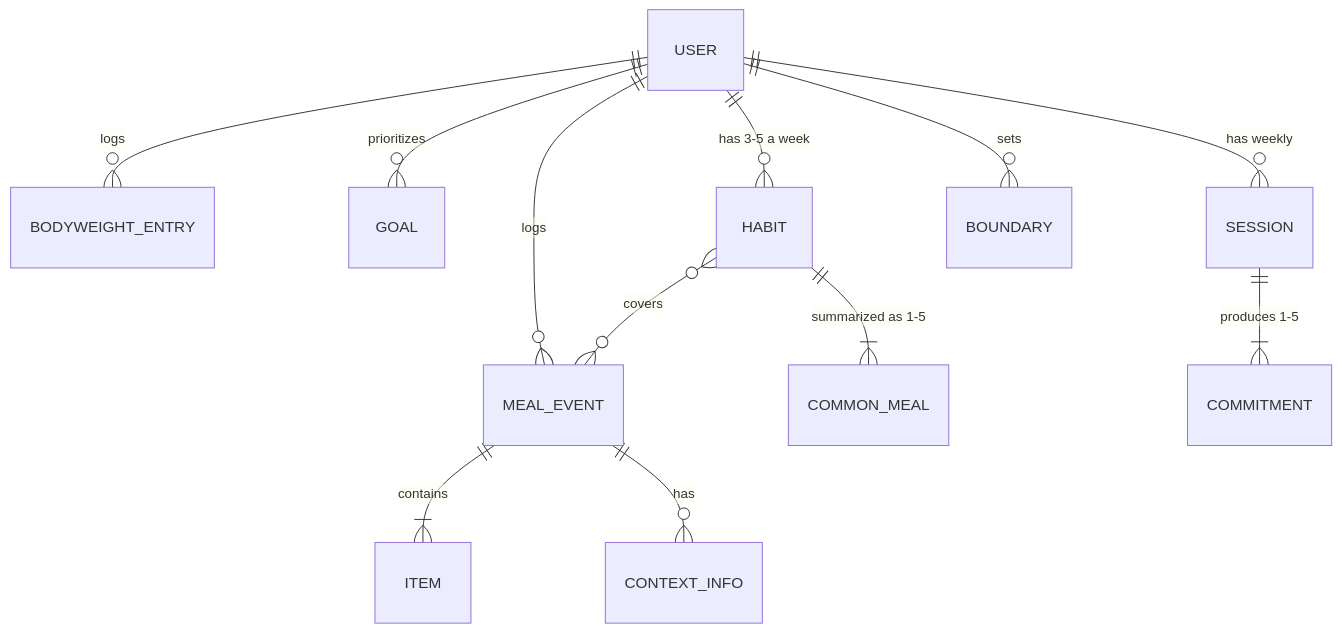
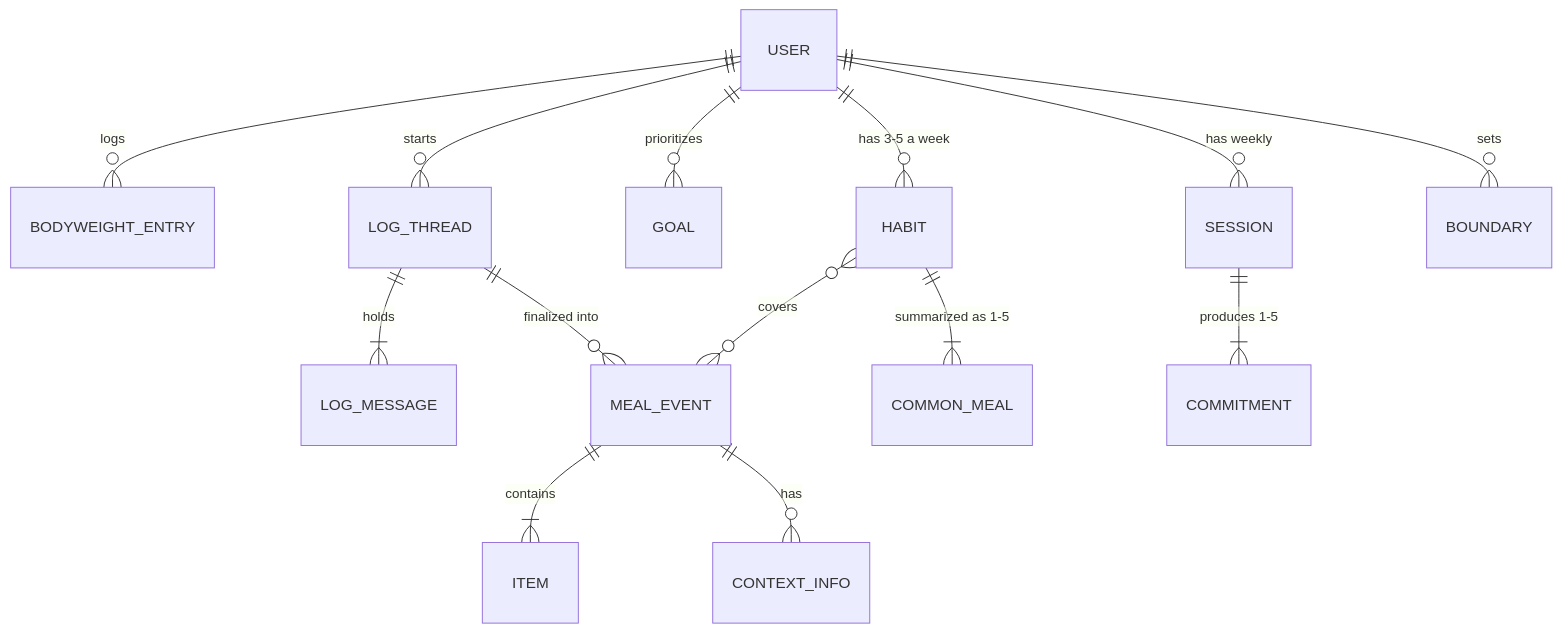
One commit to odymosgr/ai-powered-eating-habits changed the third of 7 diagrams in administration/docs/product-plan.md. Above: the diagram before and after it, drawn with Mermaid. The commit also changed other lines of this file and 2 other files, not shown here.

Commit message:
docs(plan): add the meal-log thread

````diff
--- a/administration/docs/product-plan.md
+++ b/administration/docs/product-plan.md
@@ -152,14 +167,16 @@
 ```mermaid
 erDiagram
     USER ||--o{ BODYWEIGHT_ENTRY : logs
-    USER ||--o{ MEAL_EVENT : logs
+    USER ||--o{ LOG_THREAD : starts
+    LOG_THREAD ||--|{ LOG_MESSAGE : holds
+    LOG_THREAD ||--o{ MEAL_EVENT : "finalized into"
     MEAL_EVENT ||--|{ ITEM : contains
     MEAL_EVENT ||--o{ CONTEXT_INFO : has
     USER ||--o{ GOAL : prioritizes
     USER ||--o{ HABIT : "has 3-5 a week"
     HABIT }o--o{ MEAL_EVENT : covers
     HABIT ||--|{ COMMON_MEAL : "summarized as 1-5"
     USER ||--o{ SESSION : "has weekly"
     SESSION ||--|{ COMMITMENT : "produces 1-5"
     USER ||--o{ BOUNDARY : sets
 ```
````
